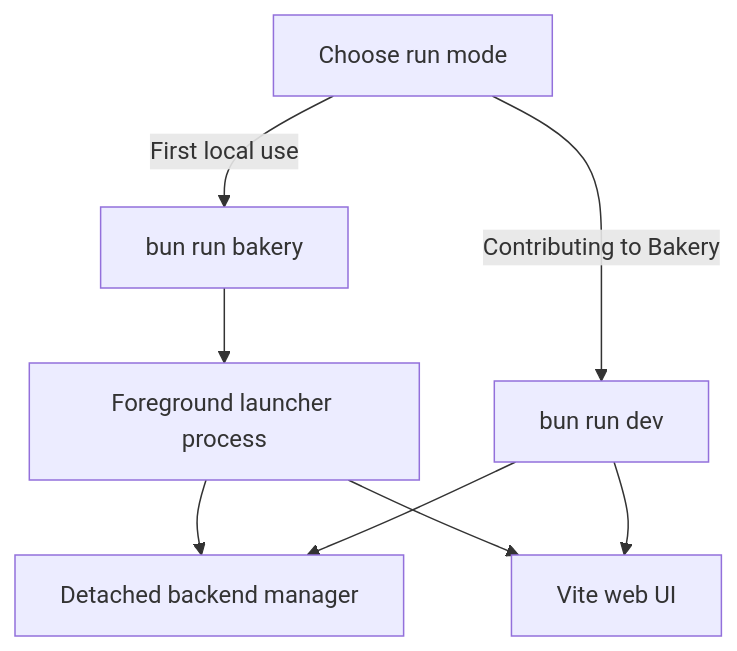
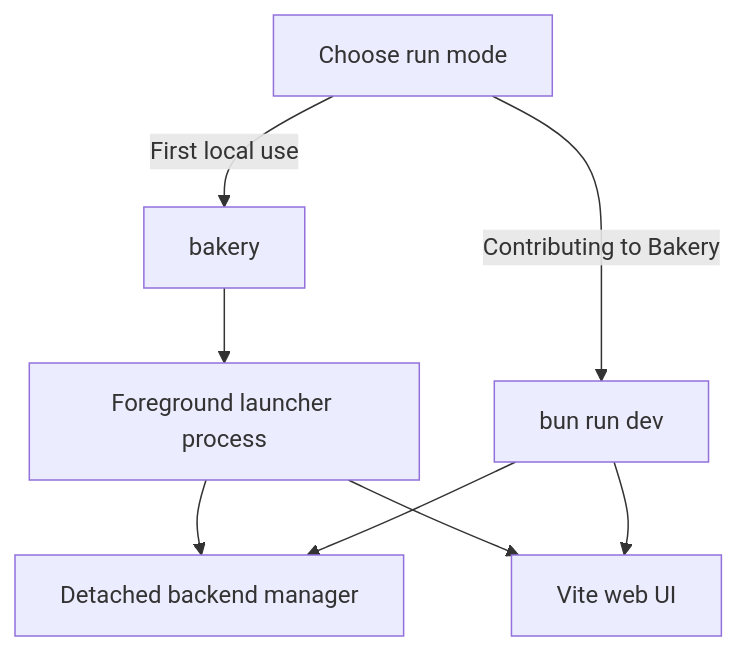
The first of 2 diagrams in docs/troubleshooting.md (seemethere/bakery), drawn with Mermaid before and after one commit. The commit also changed other lines of this file and 8 other files, not shown here.

````diff
--- a/docs/troubleshooting.md
+++ b/docs/troubleshooting.md
@@ -28,17 +29,17 @@
 ```mermaid
 flowchart TD
   Start["Choose run mode"]
-  Launcher["bun run bakery"]
+  Launcher["bakery"]
   Dev["bun run dev"]
   Backend["Detached backend manager"]
   Vite["Vite web UI"]
   Foreground["Foreground launcher process"]
 
   Start -->|"First local use"| Launcher
   Start -->|"Contributing to Bakery"| Dev
   Launcher --> Foreground
   Foreground --> Backend
   Foreground --> Vite
   Dev --> Backend
   Dev --> Vite
 ```
````
